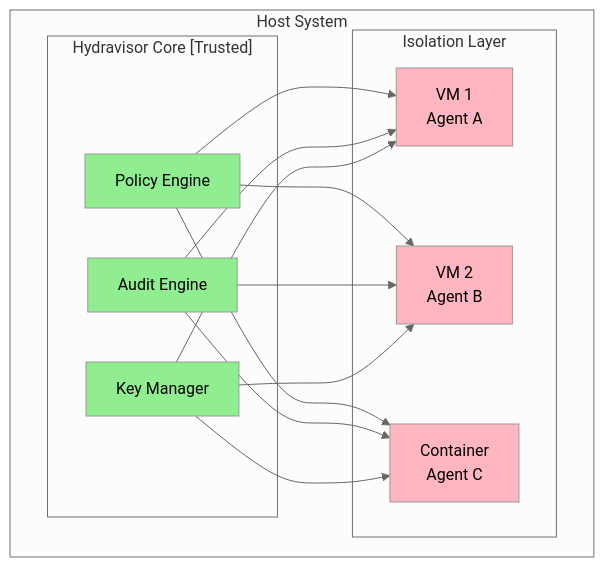
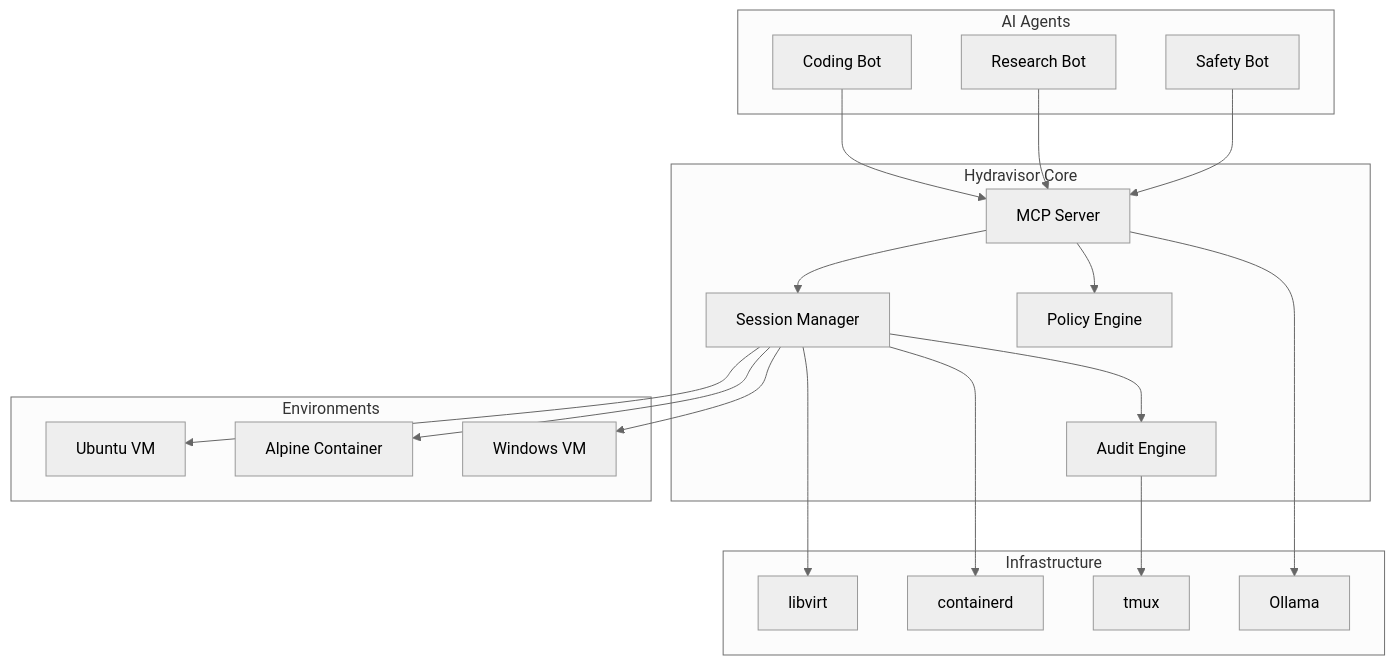
The diagram in README.md (TrippingKelsea/Hydravisor), drawn with Mermaid (neutral theme) before and after one commit. The commit also changed other lines of this file and 1 other file, not shown here.

````diff
--- a/README.md
+++ b/README.md
@@ -30,35 +70,45 @@
 ```mermaid
 graph TB
-    subgraph "Host System"
-        subgraph "Hydravisor Core [Trusted]"
-            PE[Policy Engine]
-            AE[Audit Engine]
-            KM[Key Manager]
-        end
-        
-        subgraph "Isolation Layer"
-            VM1[VM 1<br/>Agent A]
-            VM2[VM 2<br/>Agent B]
-            CT1[Container<br/>Agent C]
-        end
+    subgraph "AI Agents"
+        CB[Coding Bot]
+        RB[Research Bot]
+        SB[Safety Bot]
     end
     
-    PE --> VM1
-    PE --> VM2
-    PE --> CT1
+    subgraph "Hydravisor Core"
+        MCP[MCP Server]
+        SM[Session Manager]
+        AE[Audit Engine]
+        PE[Policy Engine]
+    end
     
-    AE --> VM1
-    AE --> VM2
-    AE --> CT1
+    subgraph "Environments"
+        VM1[Ubuntu VM]
+        CT1[Alpine Container]
+        VM2[Windows VM]
+    end
     
-    KM --> VM1
-    KM --> VM2
-    KM --> CT1
+    subgraph "Infrastructure"
+        LV[libvirt]
+        CD[containerd]
+        TM[tmux]
+        OL[Ollama]
+    end
     
-    style PE fill:#90EE90
-    style AE fill:#90EE90
-    style KM fill:#90EE90
-    style VM1 fill:#FFB6C1
-    style VM2 fill:#FFB6C1
-    style CT1 fill:#FFB6C1
+    CB --> MCP
+    RB --> MCP
+    SB --> MCP
+    
+    MCP --> SM
+    MCP --> PE
+    SM --> AE
+    
+    SM --> VM1
+    SM --> CT1
+    SM --> VM2
+    
+    SM --> LV
+    SM --> CD
+    AE --> TM
+    MCP --> OL
 ```
````
